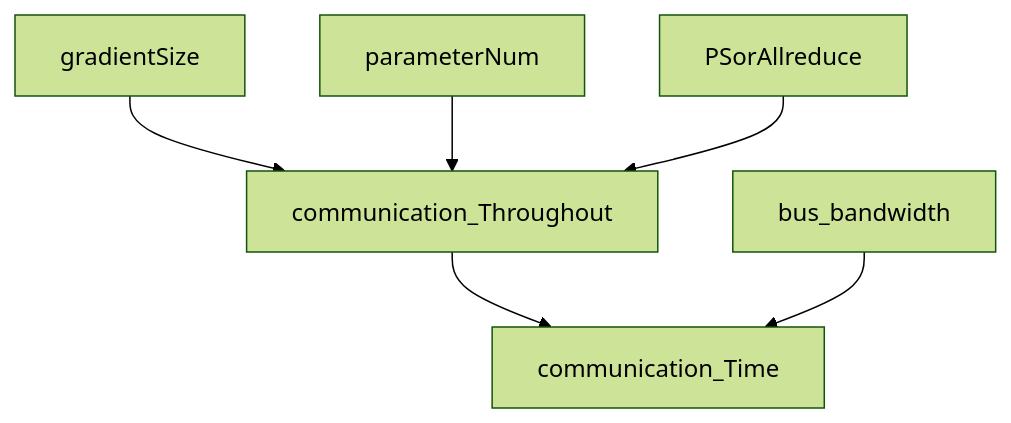
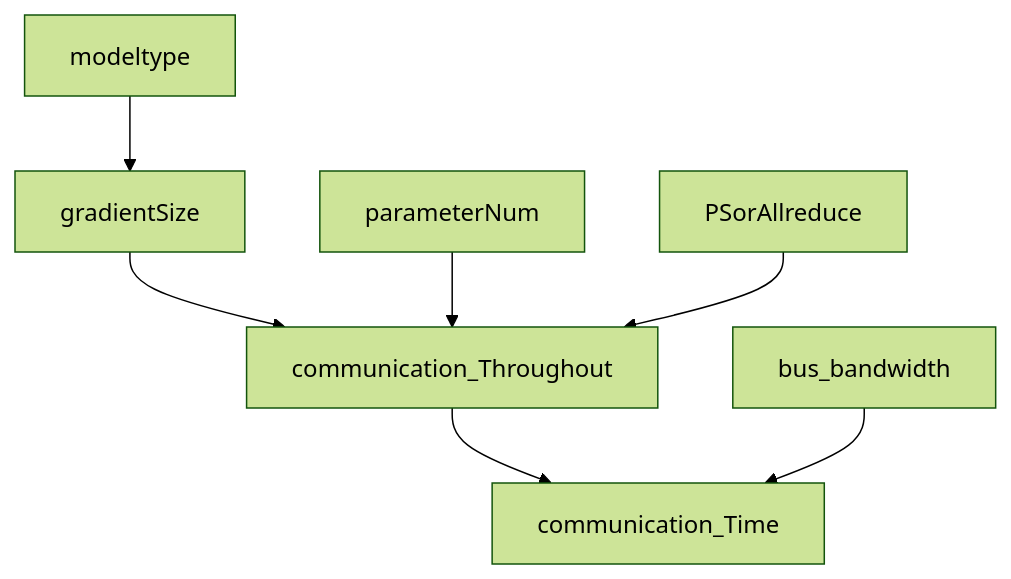
One commit to LukeLIN-web/distrubuted-ML-system changed the diagram in DRL-PLACEMENT/placement的估计.md. Above: the diagram before and after it, drawn with Mermaid (forest theme). The commit also changed other lines of this file and 4 other files, not shown here.

````diff
--- a/DRL-PLACEMENT/placement的估计.md
+++ b/DRL-PLACEMENT/placement的估计.md
@@ -23,8 +49,9 @@
 ```mermaid
 graph 
+modeltype --> gradientSize
 gradientSize --> communication_Throughout
 parameterNum --> communication_Throughout
 PSorAllreduce --> communication_Throughout
 communication_Throughout --> communication_Time
 bus_bandwidth--> communication_Time
 ```
````
